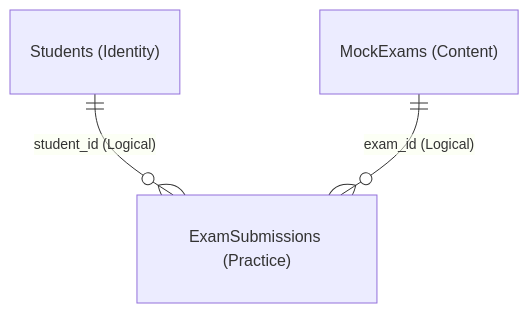
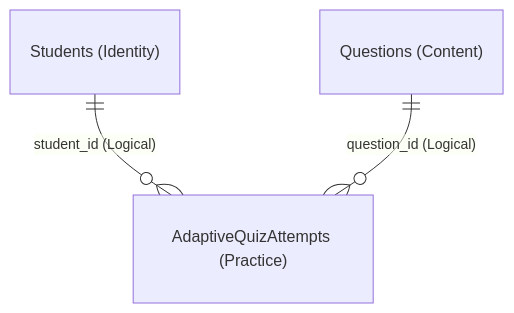
The ninth of 15 diagrams in docs/SQL/Tong_Quan_Chi_Tiet_Moi_Quan_He_Entities.md (Capstone-OG/System-Repo), drawn with Mermaid before and after one commit. The commit also changed other lines of this file and 1 other file, not shown here.

Commit message:
docs(database): complete 100% acceptance of all 74 entity relationships in ERD audit report

````diff
--- a/docs/SQL/Tong_Quan_Chi_Tiet_Moi_Quan_He_Entities.md
+++ b/docs/SQL/Tong_Quan_Chi_Tiet_Moi_Quan_He_Entities.md
@@ -693,5 +853,5 @@
 ```mermaid
 erDiagram
-    "Students (Identity)" ||--o{ "ExamSubmissions (Practice)" : "student_id (Logical)"
-    "MockExams (Content)" ||--o{ "ExamSubmissions (Practice)" : "exam_id (Logical)"
+    "Students (Identity)" ||--o{ "AdaptiveQuizAttempts (Practice)" : "student_id (Logical)"
+    "Questions (Content)" ||--o{ "AdaptiveQuizAttempts (Practice)" : "question_id (Logical)"
 ```
````
